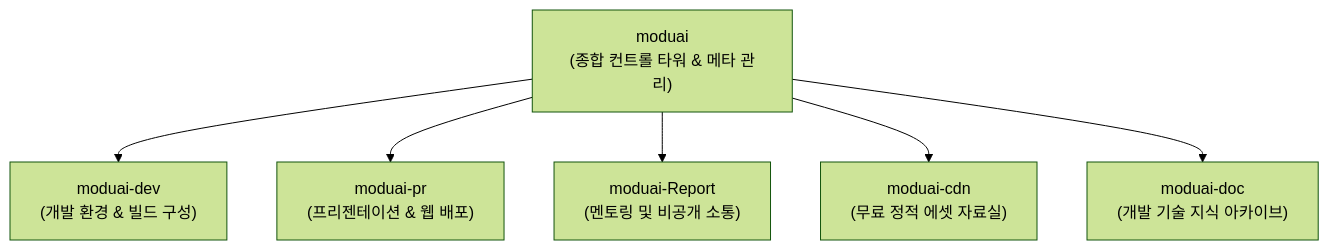
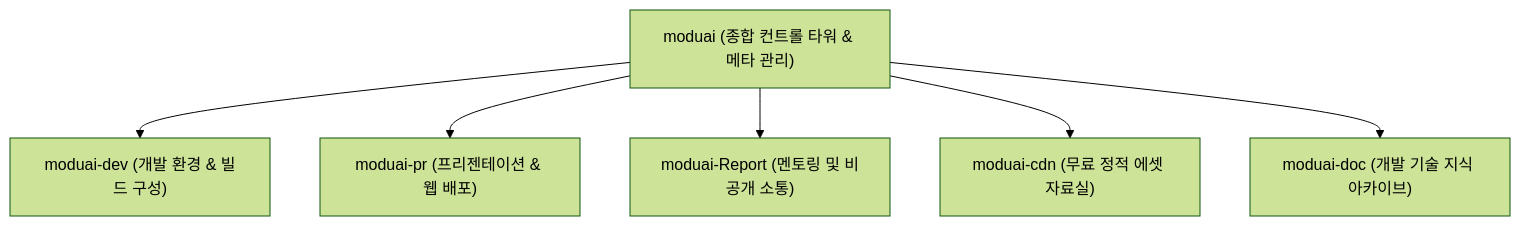
The first of 2 diagrams in public/content/intro/02-architecture.md (xtx9/moduai-pr), drawn with Mermaid (forest theme) before and after one commit. The commit also changed other lines of this file and 18 other files, not shown here.

````diff
--- a/public/content/intro/02-architecture.md
+++ b/public/content/intro/02-architecture.md
@@ -13,8 +13,8 @@
 ```mermaid
 flowchart TD
-    Hub["moduai\n(종합 컨트롤 타워 & 메타 관리)"] --> Dev["moduai-dev\n(개발 환경 & 빌드 구성)"]
-    Hub --> PR["moduai-pr\n(프리젠테이션 & 웹 배포)"]
-    Hub --> Report["moduai-Report\n(멘토링 및 비공개 소통)"]
-    Hub --> CDN["moduai-cdn\n(무료 정적 에셋 자료실)"]
-    Hub --> Doc["moduai-doc\n(개발 기술 지식 아카이브)"]
+    Hub["moduai (종합 컨트롤 타워 & 메타 관리)"] --> Dev["moduai-dev (개발 환경 & 빌드 구성)"]
+    Hub --> PR["moduai-pr (프리젠테이션 & 웹 배포)"]
+    Hub --> Report["moduai-Report (멘토링 및 비공개 소통)"]
+    Hub --> CDN["moduai-cdn (무료 정적 에셋 자료실)"]
+    Hub --> Doc["moduai-doc (개발 기술 지식 아카이브)"]
 ```
````
